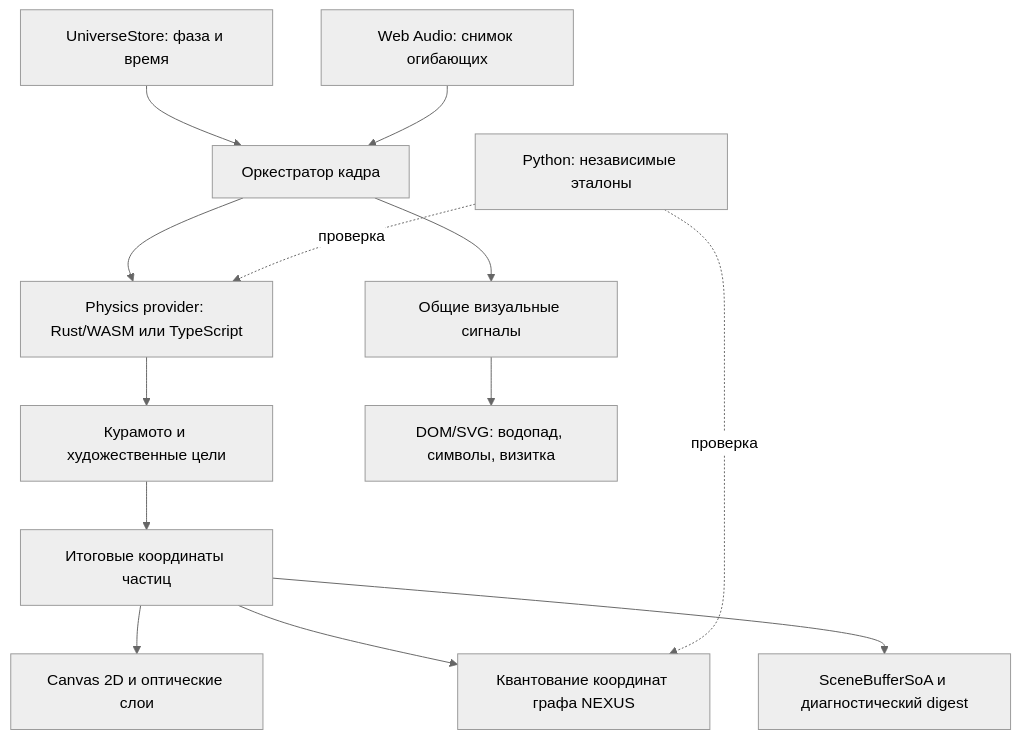
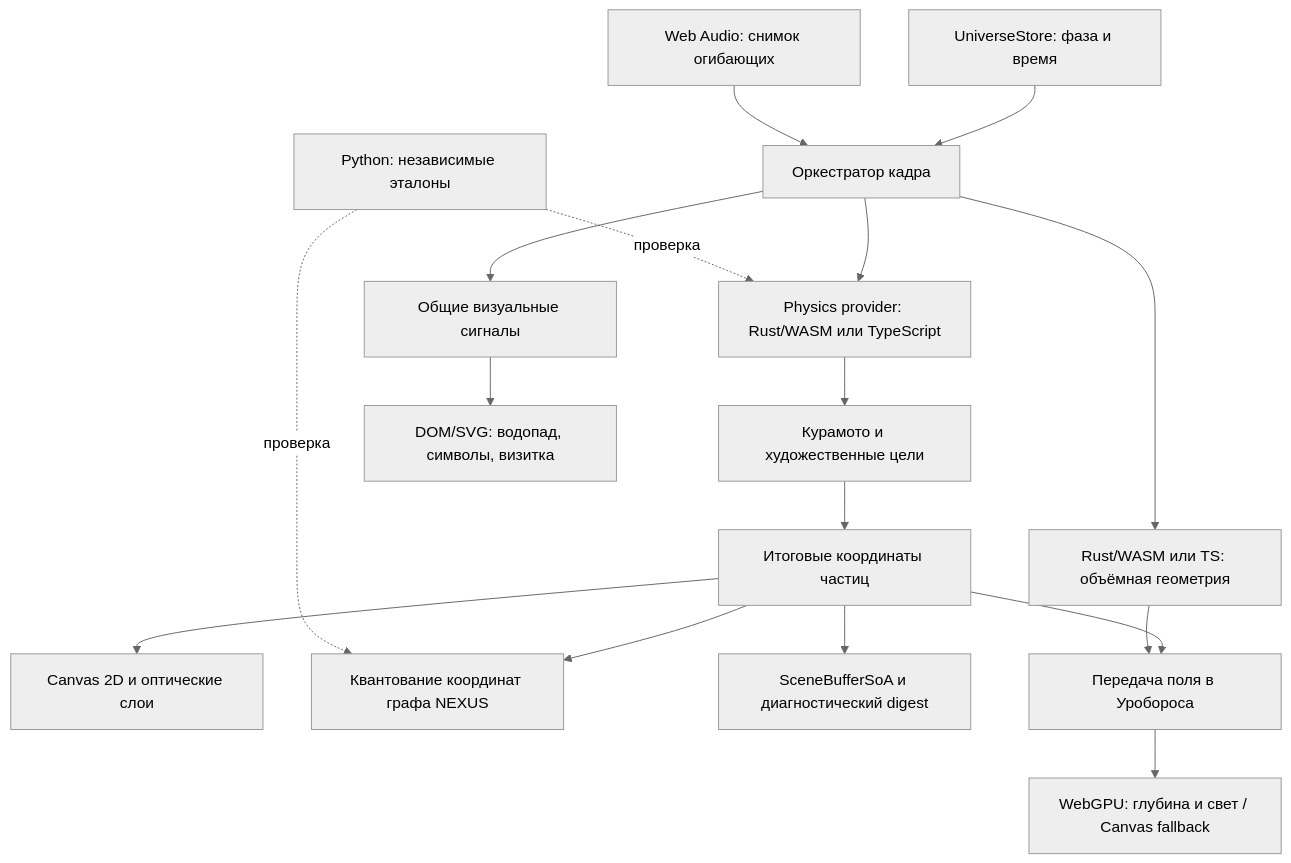
One commit to DubnovAlexey/universe changed the diagram in docs/ARCHITECTURE.md. Above: the diagram before and after it, drawn with Mermaid (neutral theme). The commit also changed other lines of this file and 25 other files, not shown here.

First line of the commit message:
Complete Ouroboros field transitions and graphics validation

````diff
--- a/docs/ARCHITECTURE.md
+++ b/docs/ARCHITECTURE.md
@@ -9,15 +9,19 @@
 ```mermaid
 flowchart TD
     A[UniverseStore: фаза и время] --> B[Оркестратор кадра]
     C[Web Audio: снимок огибающих] --> B
     B --> D[Physics provider: Rust/WASM или TypeScript]
     D --> E[Курамото и художественные цели]
     E --> F[Итоговые координаты частиц]
     F --> G[Canvas 2D и оптические слои]
     F --> H[Квантование координат графа NEXUS]
     F --> I[SceneBufferSoA и диагностический digest]
+    B --> M[Rust/WASM или TS: объёмная геометрия]
+    F --> N[Передача поля в Уробороса]
+    M --> N
+    N --> O[WebGPU: глубина и свет / Canvas fallback]
     B --> J[Общие визуальные сигналы]
     J --> K[DOM/SVG: водопад, символы, визитка]
     L[Python: независимые эталоны] -. проверка .-> D
     L -. проверка .-> H
 ```
````
